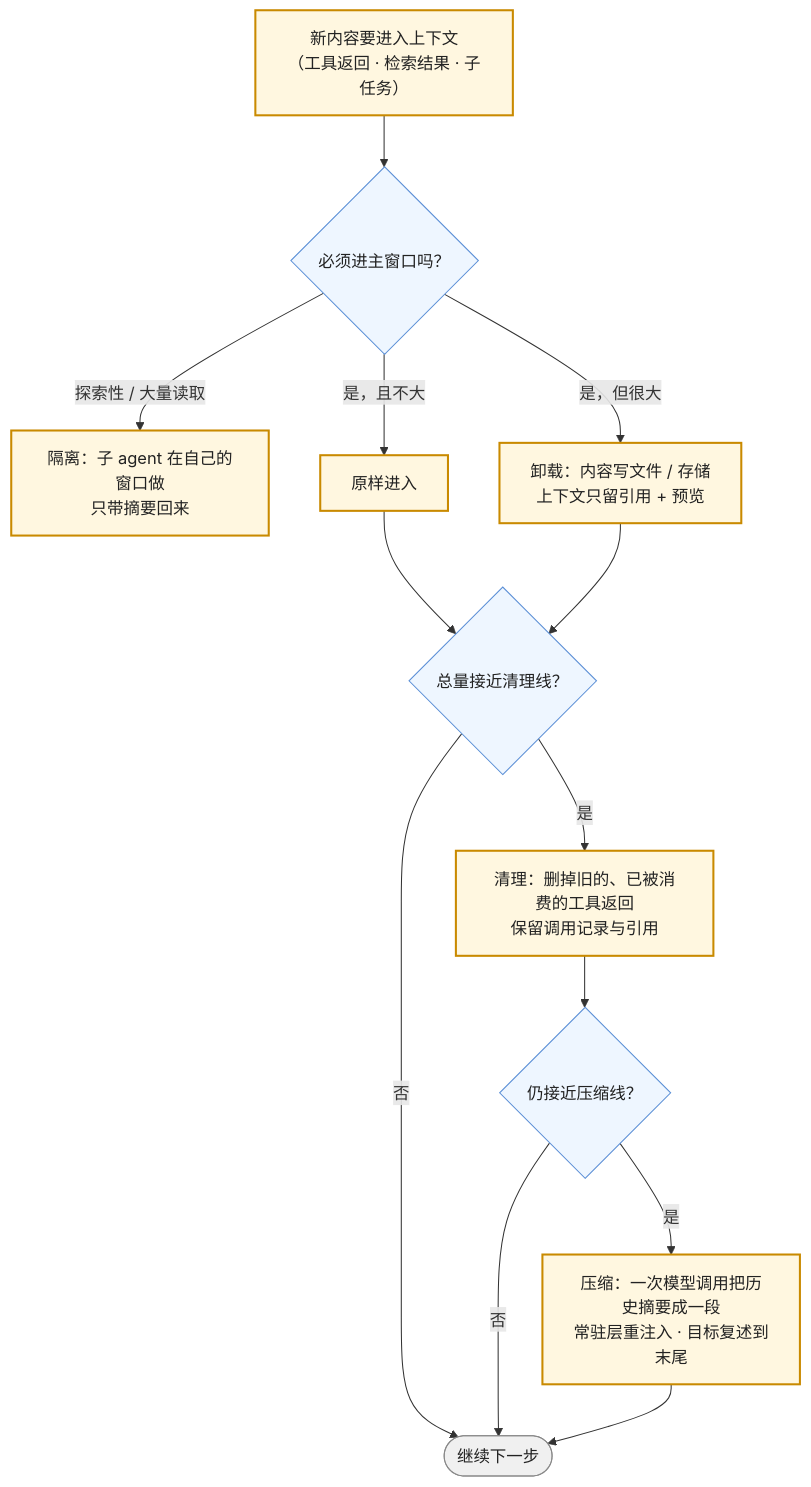
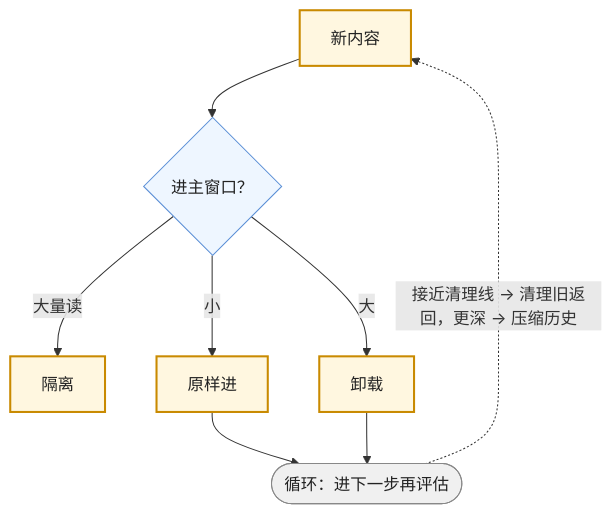
One commit to arganzheng/arganzheng.github.com changed the third of 4 diagrams in slides/2026-10-11-context-engineering.md. Above: the diagram before and after it, drawn with Mermaid. The commit also changed other lines of this file, not shown here.

Commit message:
slides/context-engineering: cut/shorten mermaid diagrams below 14px rendered text (check-render smalltext/overlap)

````diff
--- a/slides/2026-10-11-context-engineering.md
+++ b/slides/2026-10-11-context-engineering.md
@@ -108,23 +106,18 @@
 ```mermaid
 %%{init: {"flowchart": {"wrappingWidth": 190}}}%%
 flowchart TB
-    IN["新内容要进入上下文<br/>（工具返回 · 检索结果 · 子任务）"] --> Q1{"必须进主窗口吗？"}
-    Q1 -->|"探索性 / 大量读取"| ISO["隔离：子 agent 在自己的窗口做<br/>只带摘要回来"]
-    Q1 -->|"是，但很大"| OFF["卸载：内容写文件 / 存储<br/>上下文只留引用 + 预览"]
-    Q1 -->|"是，且不大"| ADD["原样进入"]
-    ADD --> Q2{"总量接近清理线？"}
-    OFF --> Q2
-    Q2 -->|"是"| CLR["清理：删掉旧的、已被消费的工具返回<br/>保留调用记录与引用"]
-    Q2 -->|"否"| GO(["继续下一步"])
-    CLR --> Q3{"仍接近压缩线？"}
-    Q3 -->|"是"| CMP["压缩：一次模型调用把历史摘要成一段<br/>常驻层重注入 · 目标复述到末尾"]
-    Q3 -->|"否"| GO
-    CMP --> GO
+    IN["新内容"] --> Q1{"进主窗口？"}
+    Q1 -->|"大量读"| ISO["隔离"]
+    Q1 -->|"大"| OFF["卸载"]
+    Q1 -->|"小"| ADD["原样进"]
+    ADD --> GO(["循环：进下一步再评估"])
+    OFF --> GO
+    GO -. "接近清理线 → 清理旧返回，更深 → 压缩历史" .-> IN
 
     classDef step fill:#fff7e0,stroke:#c98a00,stroke-width:2px,color:#222
     classDef dec fill:#eef6ff,stroke:#5b8fd6,color:#222
     classDef stop fill:#f0f0f0,stroke:#888,color:#222
-    class IN,ISO,OFF,ADD,CLR,CMP step
-    class Q1,Q2,Q3 dec
+    class IN,ISO,OFF,ADD,CLR step
+    class Q1,Q2 dec
     class GO stop
 ```
````
